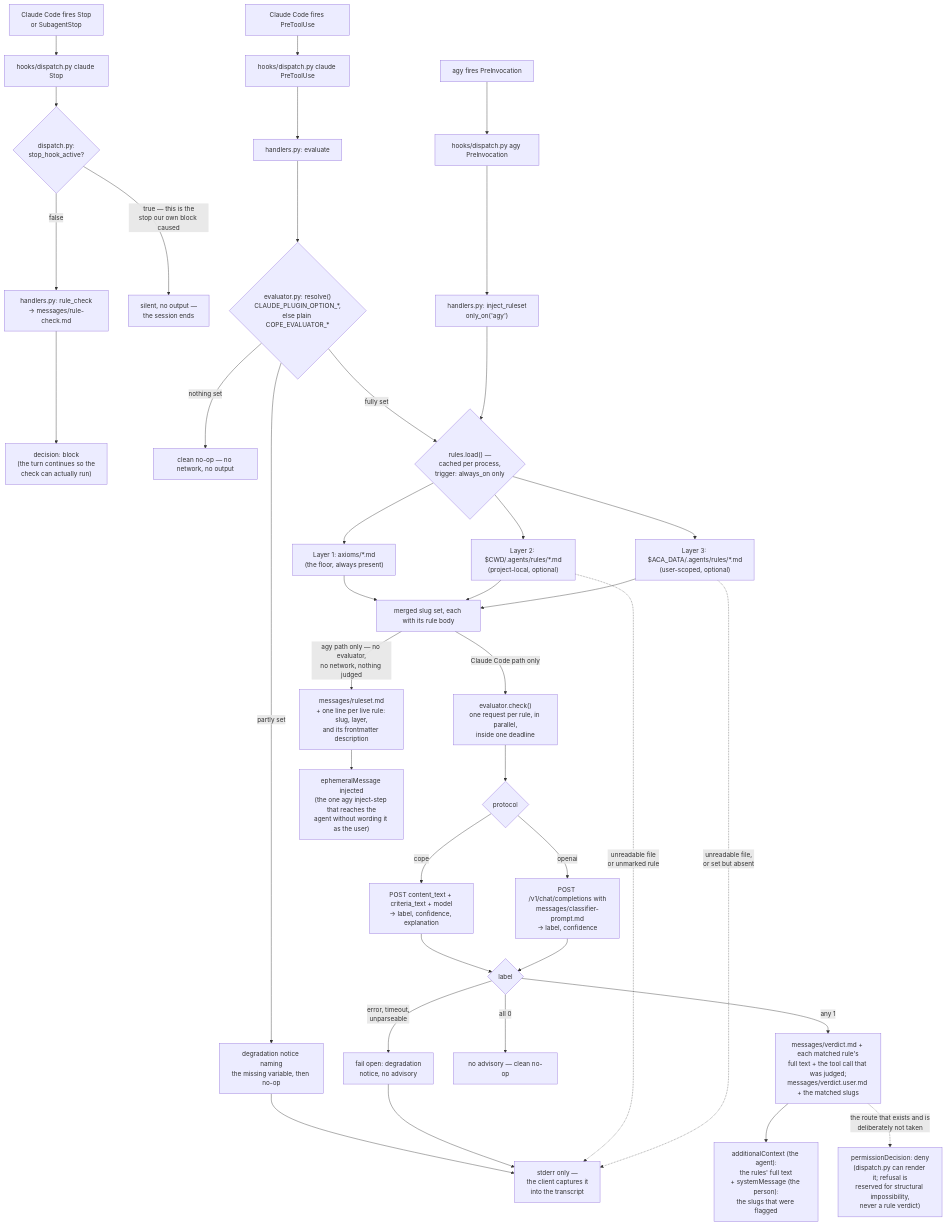
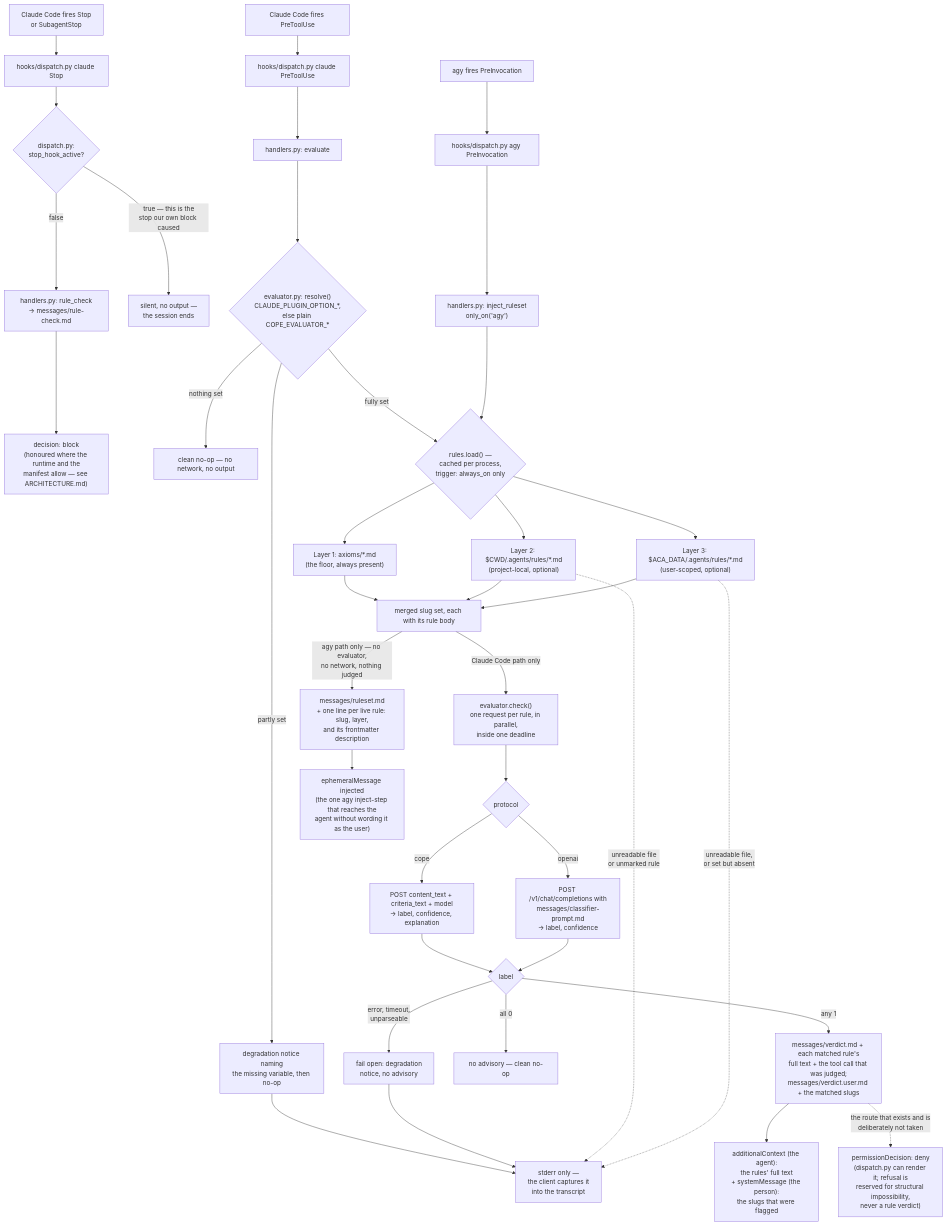
Before and after one commit to nicsuzor/academicOps: the diagram in plugins/rbg/README.md, drawn with Mermaid. The commit also changed other lines of this file and 59 other files, not shown here.

````diff
--- a/plugins/rbg/README.md
+++ b/plugins/rbg/README.md
@@ -5,47 +5,47 @@
 ```mermaid
 flowchart TD
     A[Claude Code fires PreToolUse] --> B["hooks/dispatch.py claude PreToolUse"]
     A2[agy fires PreInvocation] --> B2["hooks/dispatch.py agy PreInvocation"]
     A3[Claude Code fires Stop<br/>or SubagentStop] --> B3["hooks/dispatch.py claude Stop"]
     B --> C["handlers.py: evaluate"]
     B2 --> C2["handlers.py: inject_ruleset<br/>only_on('agy')"]
     B3 --> S{"dispatch.py:<br/>stop_hook_active?"}
     S -->|"true — this is the<br/>stop our own block caused"| S1[silent, no output —<br/>the session ends]
     S -->|false| S2["handlers.py: rule_check<br/>→ messages/rule-check.md"]
-    S2 --> S3["decision: block<br/>(the turn continues so the<br/>check can actually run)"]
+    S2 --> S3["decision: block<br/>(honoured where the runtime and the<br/>manifest allow — see ARCHITECTURE.md)"]
 
     C --> R{"evaluator.py: resolve()<br/>CLAUDE_PLUGIN_OPTION_*,<br/>else plain COPE_EVALUATOR_*"}
     R -->|nothing set| R1[clean no-op — no network, no output]
     R -->|partly set| R2[degradation notice naming<br/>the missing variable, then no-op]
     R -->|fully set| D
 
     C2 --> D
     D{"rules.load() —<br/>cached per process,<br/>trigger: always_on only"} --> E1["Layer 1: axioms/*.md<br/>(the floor, always present)"]
     D --> E2["Layer 2: $CWD/.agents/rules/*.md<br/>(project-local, optional)"]
     D --> E3["Layer 3: $ACA_DATA/.agents/rules/*.md<br/>(user-scoped, optional)"]
     E1 --> F[merged slug set, each with its rule body]
     E2 --> F
     E3 --> F
 
     F -->|Claude Code path only| G["evaluator.check()<br/>one request per rule, in parallel,<br/>inside one deadline"]
     G --> H{"protocol"}
     H -->|cope| H1["POST content_text + criteria_text + model<br/>→ label, confidence, explanation"]
     H -->|openai| H2["POST /v1/chat/completions with<br/>messages/classifier-prompt.md<br/>→ label, confidence"]
     H1 --> I{label}
     H2 --> I
     I -->|error, timeout,<br/>unparseable| J["fail open: degradation<br/>notice, no advisory"]
     I -->|all 0| K[no advisory — clean no-op]
     I -->|any 1| L["messages/verdict.md + each matched rule's<br/>full text + the tool call that was judged;<br/>messages/verdict.user.md + the matched slugs"]
     L --> M["additionalContext (the agent):<br/>the rules' full text<br/>+ systemMessage (the person):<br/>the slugs that were flagged"]
     L -.->|the route that exists and is<br/>deliberately not taken| Z
     Z["permissionDecision: deny<br/>(dispatch.py can render it; refusal is<br/>reserved for structural impossibility,<br/>never a rule verdict)"]
 
     F -->|agy path only — no evaluator,<br/>no network, nothing judged| N["messages/ruleset.md<br/>+ one line per live rule: slug, layer,<br/>and its frontmatter description"]
     N --> O["ephemeralMessage injected<br/>(the one agy inject-step that reaches the<br/>agent without wording it as the user)"]
 
     R2 --> P
     J --> P
     E2 -.->|unreadable file<br/>or unmarked rule| P
     E3 -.->|unreadable file,<br/>or set but absent| P
     P["stderr only —<br/>the client captures it<br/>into the transcript"]
 ```
````
